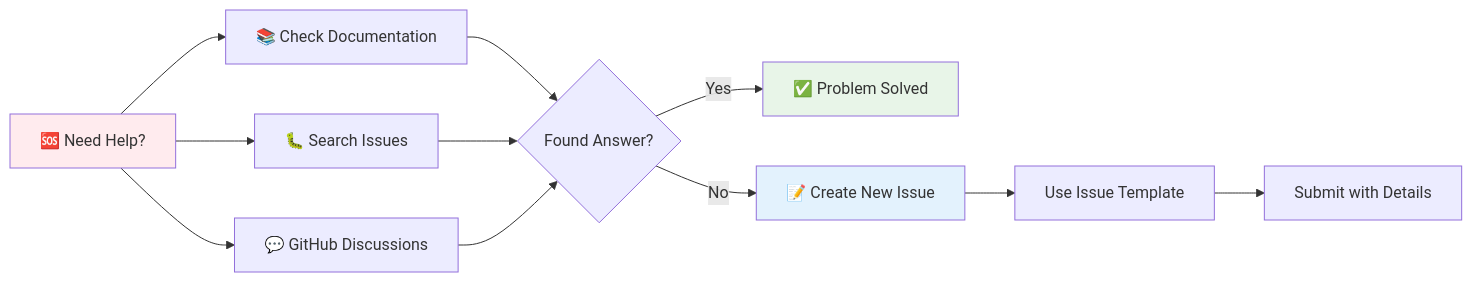
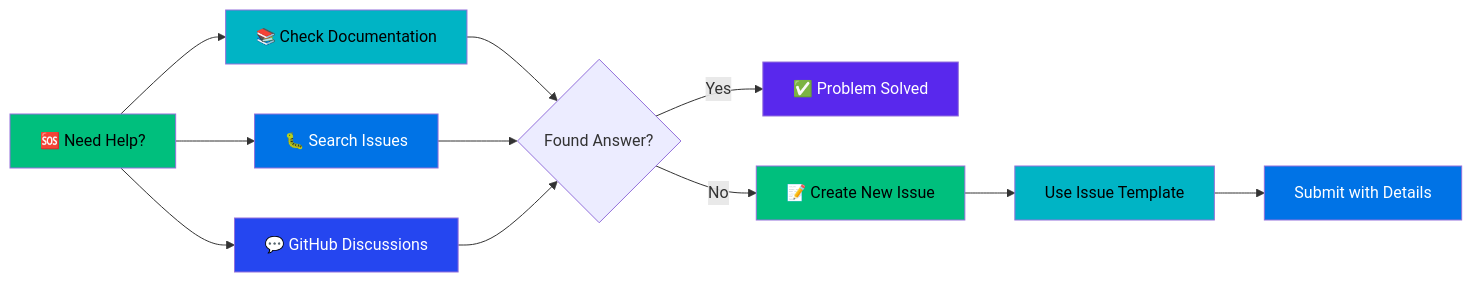
Diagram 13 of 13 in README.md (elementalcollision/vcf_analysis), drawn with Mermaid before and after one commit. The commit also changed other lines of this file and 1 other file, not shown here.

````diff
--- a/README.md
+++ b/README.md
@@ -966,20 +993,25 @@
 ```mermaid
 flowchart LR
     HELP[🆘 Need Help?] --> DOCS[📚 Check Documentation]
     HELP --> ISSUES[🐛 Search Issues]
     HELP --> DISCUSSIONS[💬 GitHub Discussions]
     
     DOCS --> FOUND{Found Answer?}
     ISSUES --> FOUND
     DISCUSSIONS --> FOUND
     
     FOUND -->|Yes| SOLVED[✅ Problem Solved]
     FOUND -->|No| CREATE[📝 Create New Issue]
     
     CREATE --> TEMPLATE[Use Issue Template]
     TEMPLATE --> SUBMIT[Submit with Details]
     
-    style HELP fill:#ffebee
-    style SOLVED fill:#e8f5e8
-    style CREATE fill:#e3f2fd
+    style HELP fill:#00bf7d,color:#000000
+    style DOCS fill:#00b4c5,color:#000000
+    style ISSUES fill:#0073e6,color:#ffffff
+    style DISCUSSIONS fill:#2546f0,color:#ffffff
+    style SOLVED fill:#5928ed,color:#ffffff
+    style CREATE fill:#00bf7d,color:#000000
+    style TEMPLATE fill:#00b4c5,color:#000000
+    style SUBMIT fill:#0073e6,color:#ffffff
 ```
````
